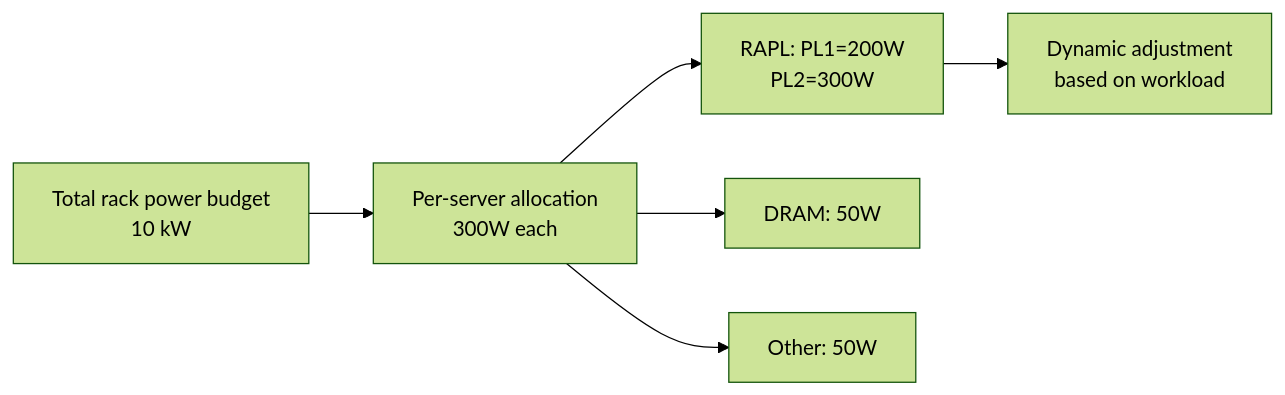
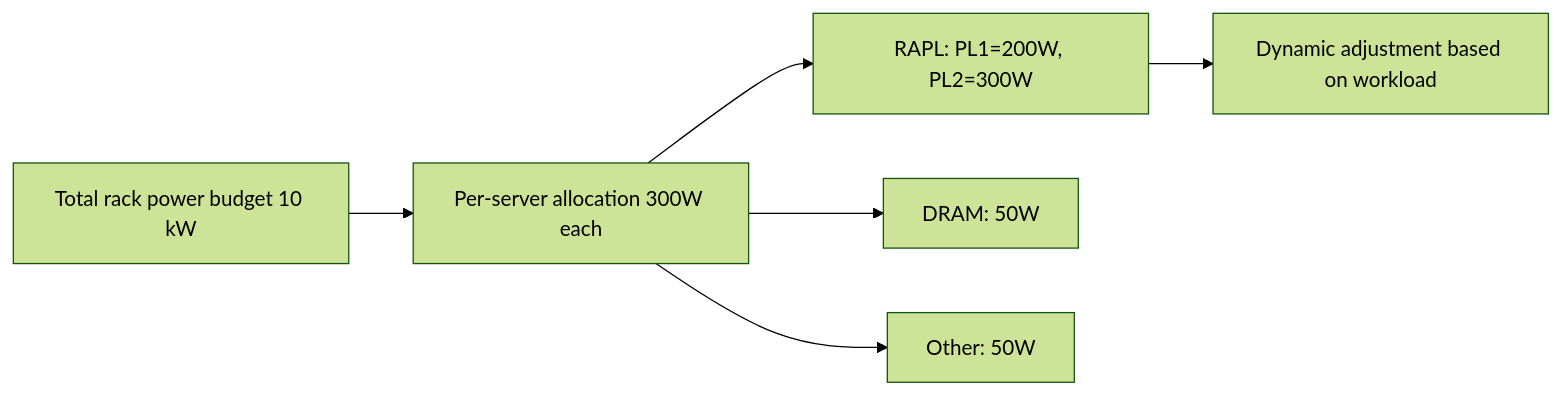
Before and after one commit to Abhinav-Kumar012/lb2: the third of 3 diagrams in src/performance/rapl.md, drawn with Mermaid (forest theme). The commit also changed other lines of this file and 4 other files, not shown here.

Commit message:
fix: mermaid syntax - kernel/filesystems

````diff
--- a/src/performance/rapl.md
+++ b/src/performance/rapl.md
@@ -749,12 +745,8 @@
 ```mermaid
 flowchart LR
-    A[Total rack power budget
-         10 kW] --> B[Per-server allocation
-         300W each]
-    B --> C[RAPL: PL1=200W
-         PL2=300W]
+    A["Total rack power budget 10 kW"] --> B["Per-server allocation 300W each"]
+    B --> C["RAPL: PL1=200W, PL2=300W"]
     B --> D[DRAM: 50W]
     B --> E[Other: 50W]
-    C --> F[Dynamic adjustment
-         based on workload]
+    C --> F["Dynamic adjustment based on workload"]
 ```
````
